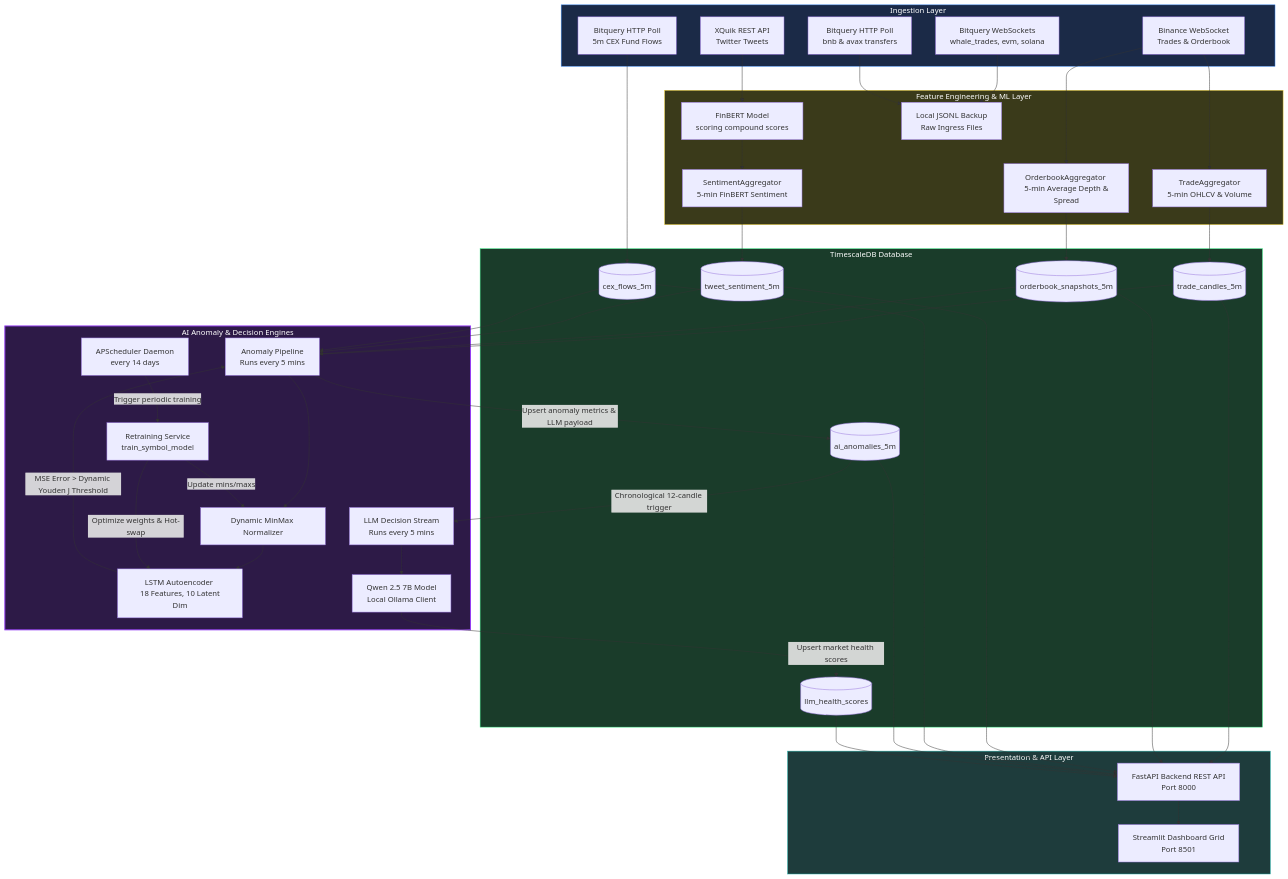
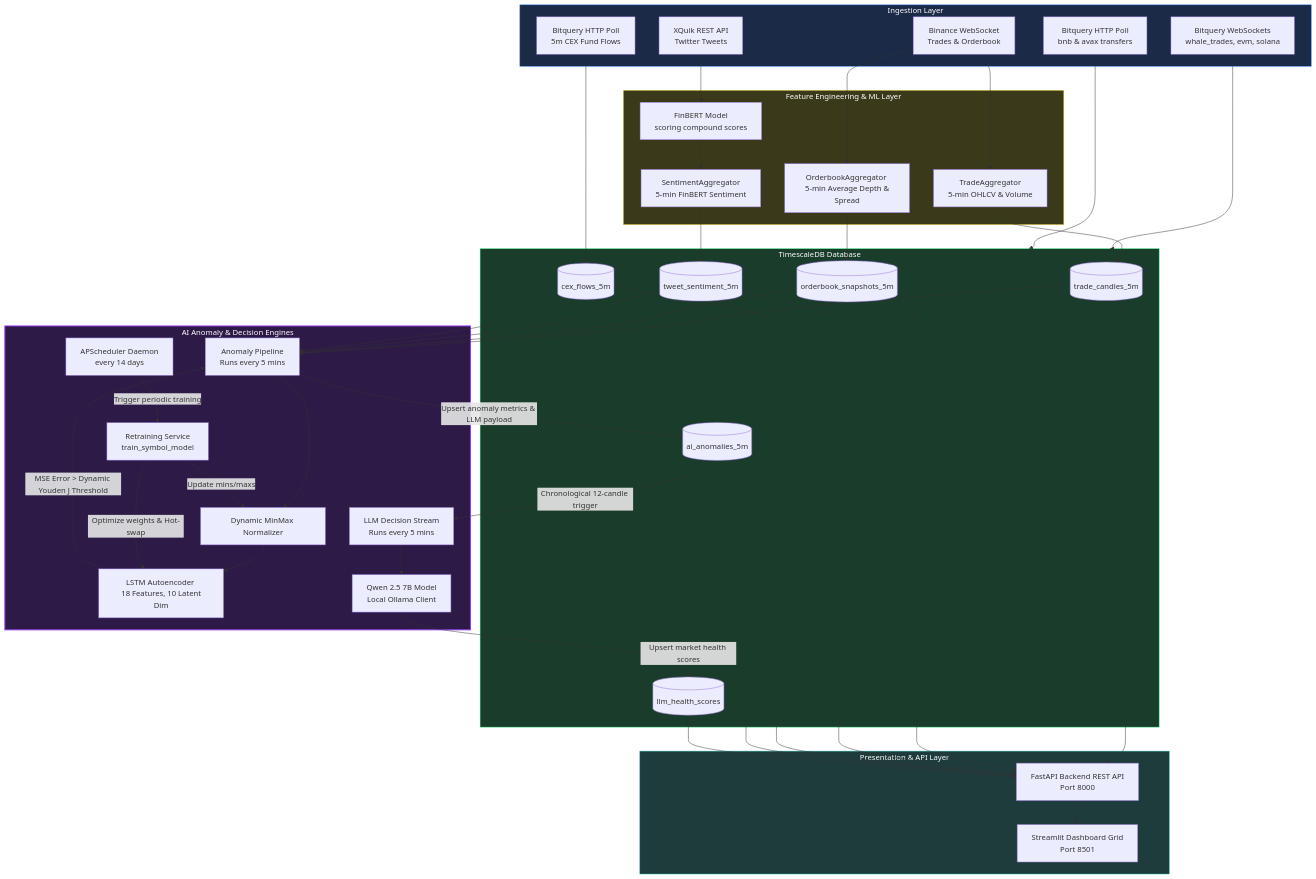
The diagram in README.md (ErkanIsikB/CryptoSense), drawn with Mermaid before and after one commit. The commit also changed other lines of this file and 27 other files, not shown here.

```diff
--- a/README.md
+++ b/README.md
@@ -25,7 +25,6 @@
         OA[OrderbookAggregator <br/> 5-min Average Depth & Spread]
         SA[SentimentAggregator <br/> 5-min FinBERT Sentiment]
         FS[FinBERT Model <br/> scoring compound scores]
-        JSONL[Local JSONL Backup <br/> Raw Ingress Files]
     end
 
     %% Database Layer
@@ -62,8 +61,8 @@
     BWS --> OA
     XQ --> FS --> SA
     B_CEX --> T_CF
-    B_WS --> JSONL
-    B_HTTP --> JSONL
+    B_WS --> Storage
+    B_HTTP --> Storage
     
     TA --> T_TC
     OA --> T_OS
```
